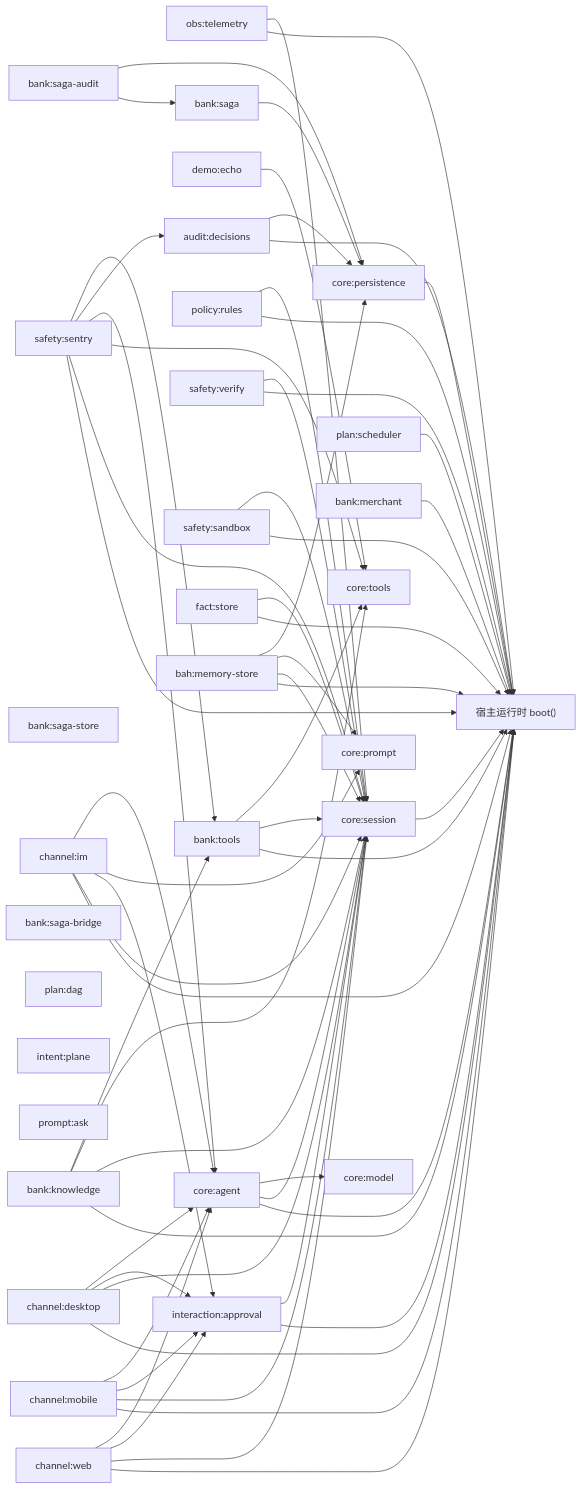
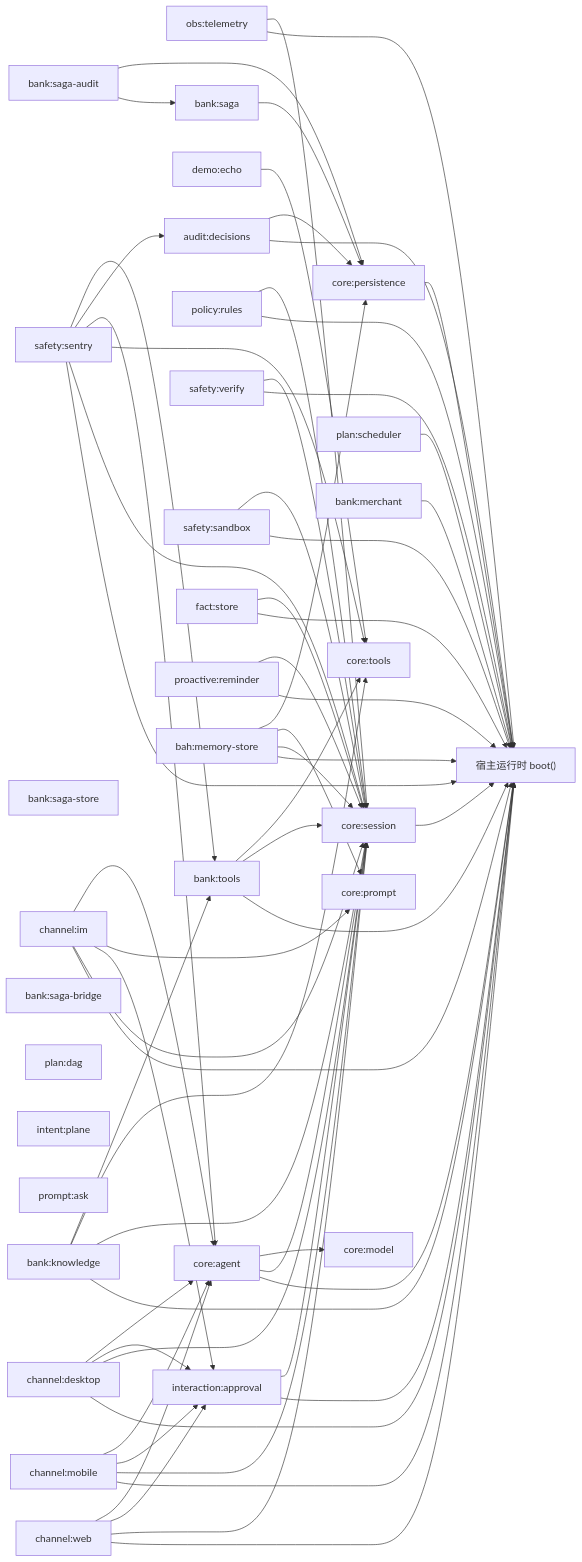
The first of 2 diagrams in docs/architecture.md (YYYPROBEE/BAH), drawn with Mermaid before and after one commit. The commit also changed other lines of this file and 1009 other files, not shown here.

```diff
--- a/docs/architecture.md
+++ b/docs/architecture.md
@@ -100,13 +110,14 @@
   p21["plan:scheduler"]
   p22["fact:store"]
   p23["bank:merchant"]
-  p24["bah:memory-store"]
-  p25["intent:plane"]
-  p26["prompt:ask"]
-  p27["channel:web"]
-  p28["channel:mobile"]
-  p29["channel:desktop"]
-  p30["channel:im"]
+  p24["proactive:reminder"]
+  p25["bah:memory-store"]
+  p26["intent:plane"]
+  p27["prompt:ask"]
+  p28["channel:web"]
+  p29["channel:mobile"]
+  p30["channel:desktop"]
+  p31["channel:im"]
   p0 --> host["宿主运行时 boot()"]
   p1 --> host["宿主运行时 boot()"]
   p1 --> p0
@@ -137,12 +148,10 @@
   p23 --> host["宿主运行时 boot()"]
   p24 --> host["宿主运行时 boot()"]
   p24 --> p0
-  p24 --> p3
-  p24 --> p6
-  p27 --> host["宿主运行时 boot()"]
-  p27 --> p0
-  p27 --> p12
-  p27 --> p5
+  p25 --> host["宿主运行时 boot()"]
+  p25 --> p0
+  p25 --> p3
+  p25 --> p6
   p28 --> host["宿主运行时 boot()"]
   p28 --> p0
   p28 --> p12
@@ -154,8 +163,12 @@
   p30 --> host["宿主运行时 boot()"]
   p30 --> p0
   p30 --> p12
-  p30 --> p3
   p30 --> p5
+  p31 --> host["宿主运行时 boot()"]
+  p31 --> p0
+  p31 --> p12
+  p31 --> p3
+  p31 --> p5
   p5 --> host["宿主运行时 boot()"]
   p5 --> p0
   p5 --> p4
```
